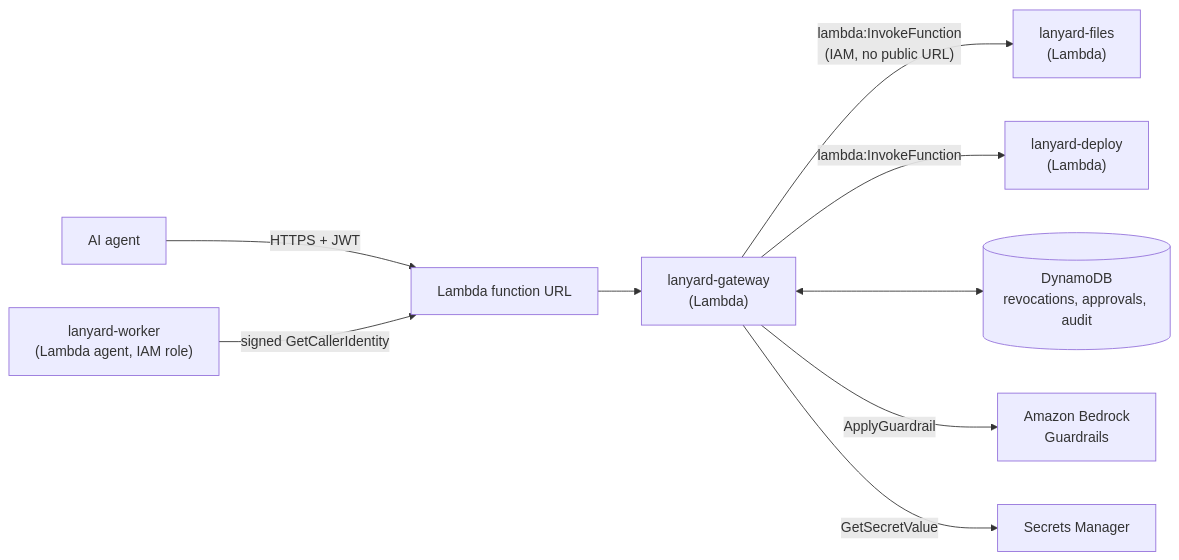
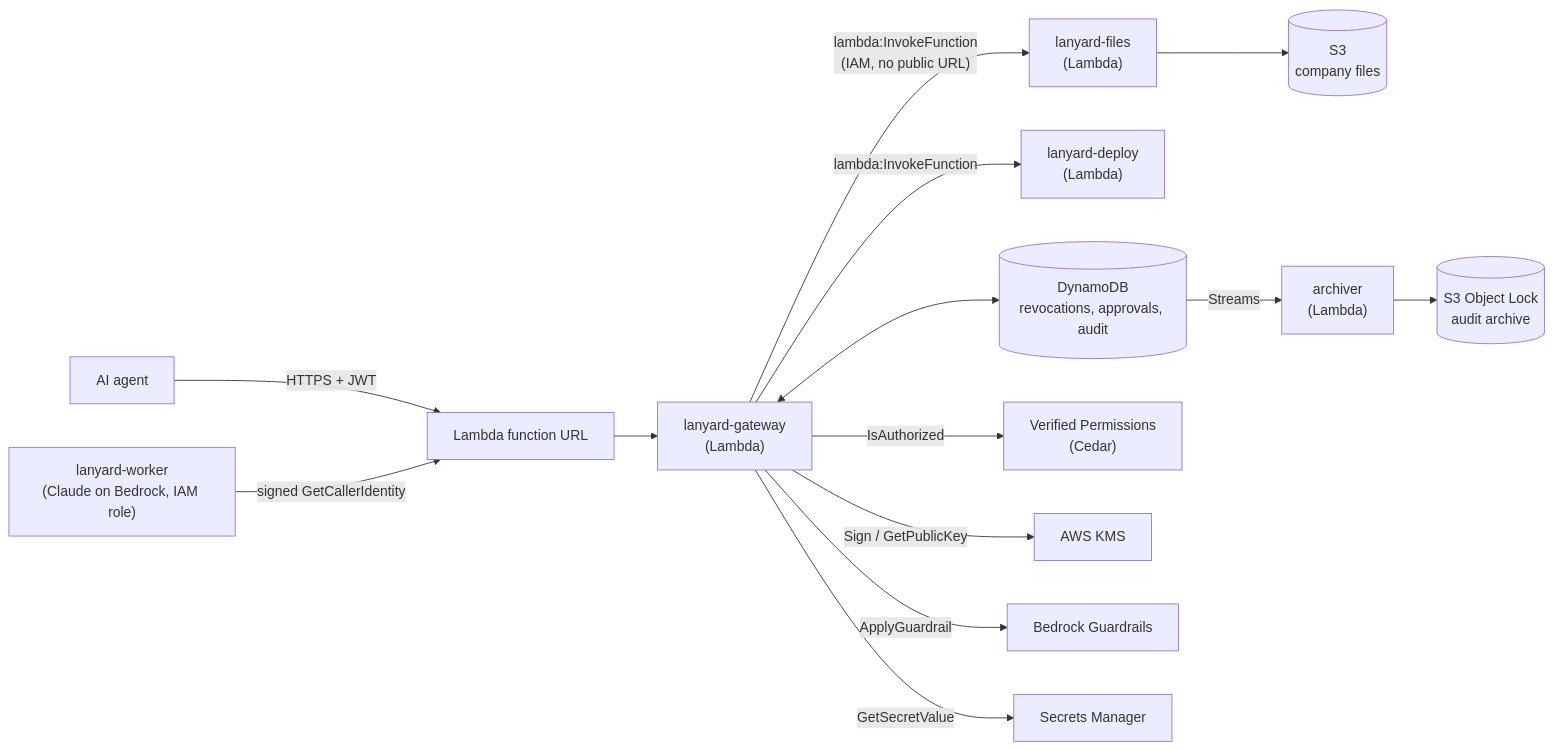
Before and after one commit to akrai37/Lanyard: the second of 2 diagrams in README.md, drawn with Mermaid. The commit also changed other lines of this file and 6 other files, not shown here.

Commit message:
README: demo section, end-to-end flow, console screenshots, attack lab table, updated AWS diagram

````diff
--- a/README.md
+++ b/README.md
@@ -125,11 +129,15 @@
 ```mermaid
 flowchart LR
     A["AI agent"] -- "HTTPS + JWT" --> U["Lambda function URL"]
     U --> G["lanyard-gateway<br/>(Lambda)"]
     G -- "lambda:InvokeFunction<br/>(IAM, no public URL)" --> F["lanyard-files<br/>(Lambda)"]
     G -- "lambda:InvokeFunction" --> D["lanyard-deploy<br/>(Lambda)"]
+    F --> S3[("S3<br/>company files")]
     G <--> T[("DynamoDB<br/>revocations, approvals, audit")]
-    G -- "ApplyGuardrail" --> B["Amazon Bedrock<br/>Guardrails"]
+    G -- "IsAuthorized" --> AVP["Verified Permissions<br/>(Cedar)"]
+    G -- "Sign / GetPublicKey" --> K["AWS KMS"]
+    G -- "ApplyGuardrail" --> B["Bedrock Guardrails"]
     G -- "GetSecretValue" --> SM["Secrets Manager"]
-    W["lanyard-worker<br/>(Lambda agent, IAM role)"] -- "signed GetCallerIdentity" --> U
+    T -- "Streams" --> AR["archiver<br/>(Lambda)"] --> OL[("S3 Object Lock<br/>audit archive")]
+    W["lanyard-worker<br/>(Claude on Bedrock, IAM role)"] -- "signed GetCallerIdentity" --> U
 ```
````
